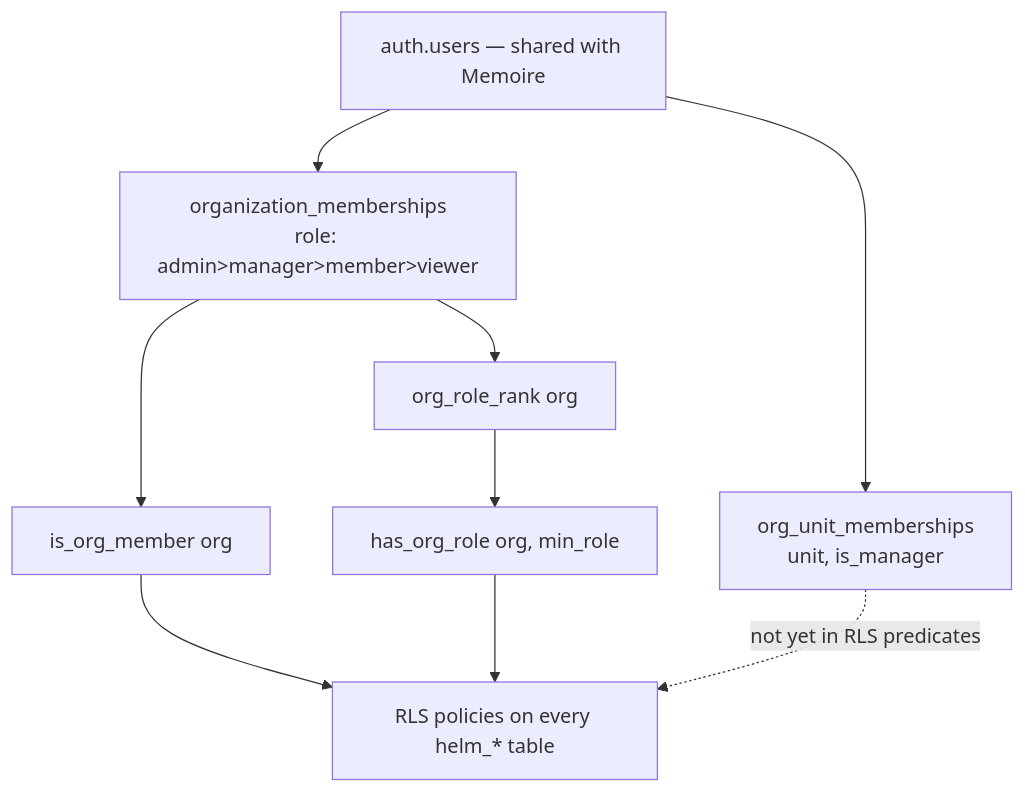
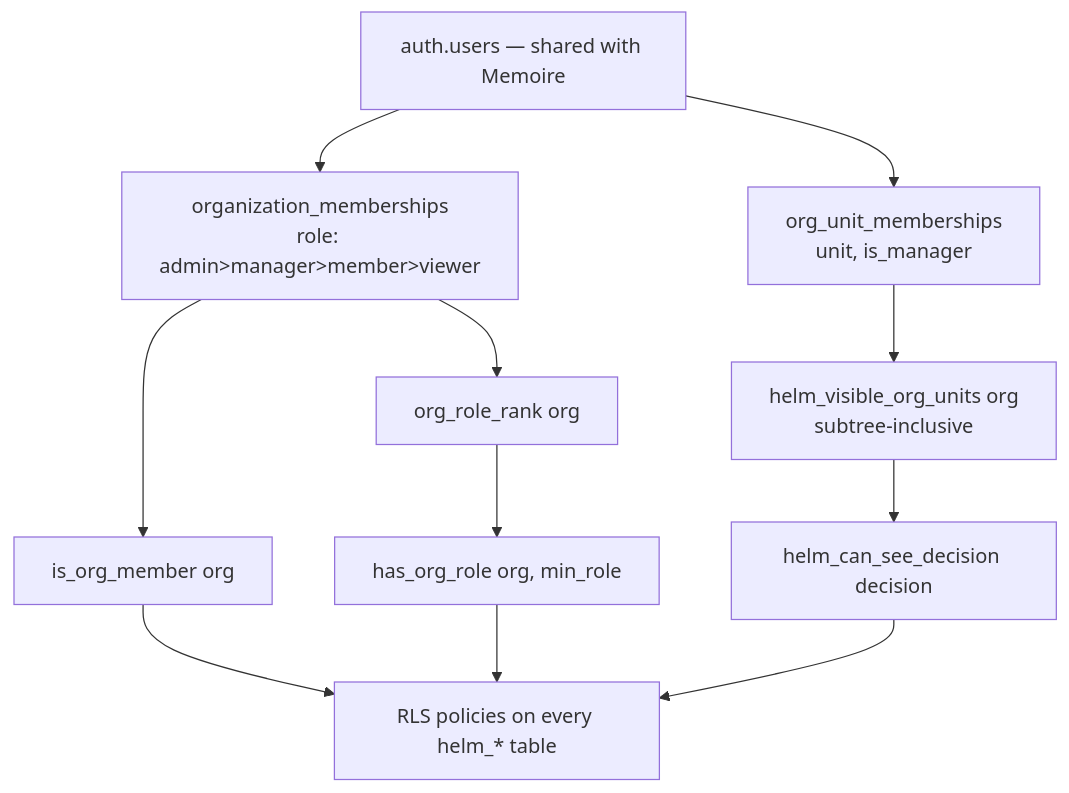
The diagram in docs/architecture/security-model.md (enexiaplatform/helm), drawn with Mermaid before and after one commit. The commit also changed other lines of this file and 54 other files, not shown here.

First line of the commit message:
feat(helm): complete phase 6 decision authority graph

````diff
--- a/docs/architecture/security-model.md
+++ b/docs/architecture/security-model.md
@@ -23,11 +23,13 @@
 ```mermaid
 flowchart TB
     U[auth.users — shared with Memoire] --> M[organization_memberships<br/>role: admin>manager>member>viewer]
     M --> H1[is_org_member org]
     M --> H2[org_role_rank org]
     H2 --> H3[has_org_role org, min_role]
     H1 --> P[RLS policies on every helm_* table]
     H3 --> P
     U --> UM[org_unit_memberships<br/>unit, is_manager]
-    UM -.->|"not yet in RLS predicates"| P
+    UM --> H4[helm_visible_org_units org<br/>subtree-inclusive]
+    H4 --> H5[helm_can_see_decision decision]
+    H5 --> P
 ```
````
